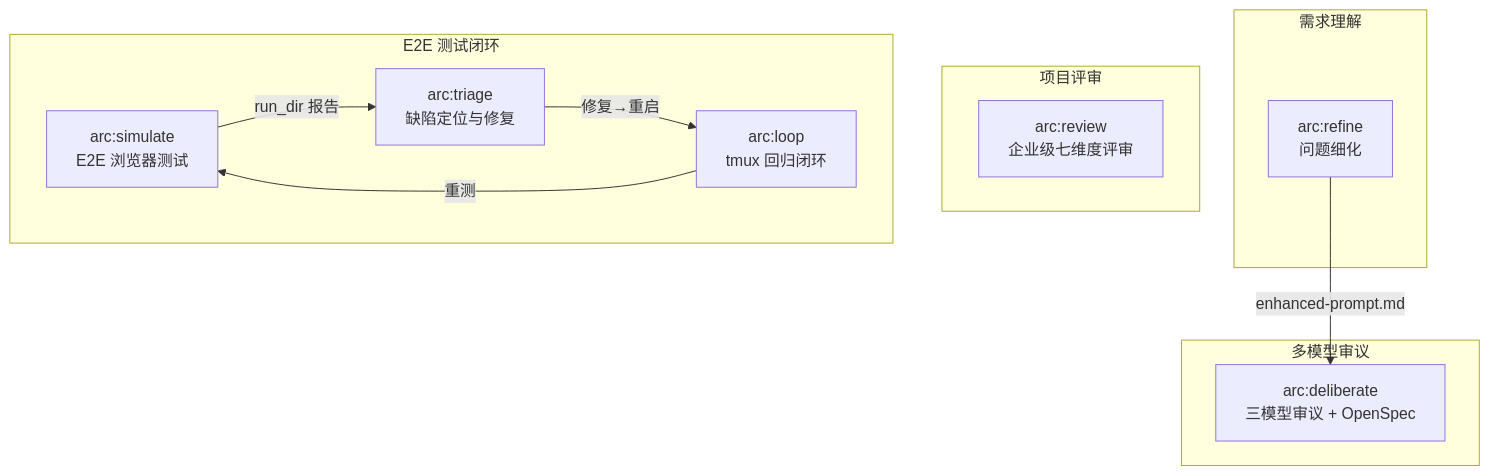
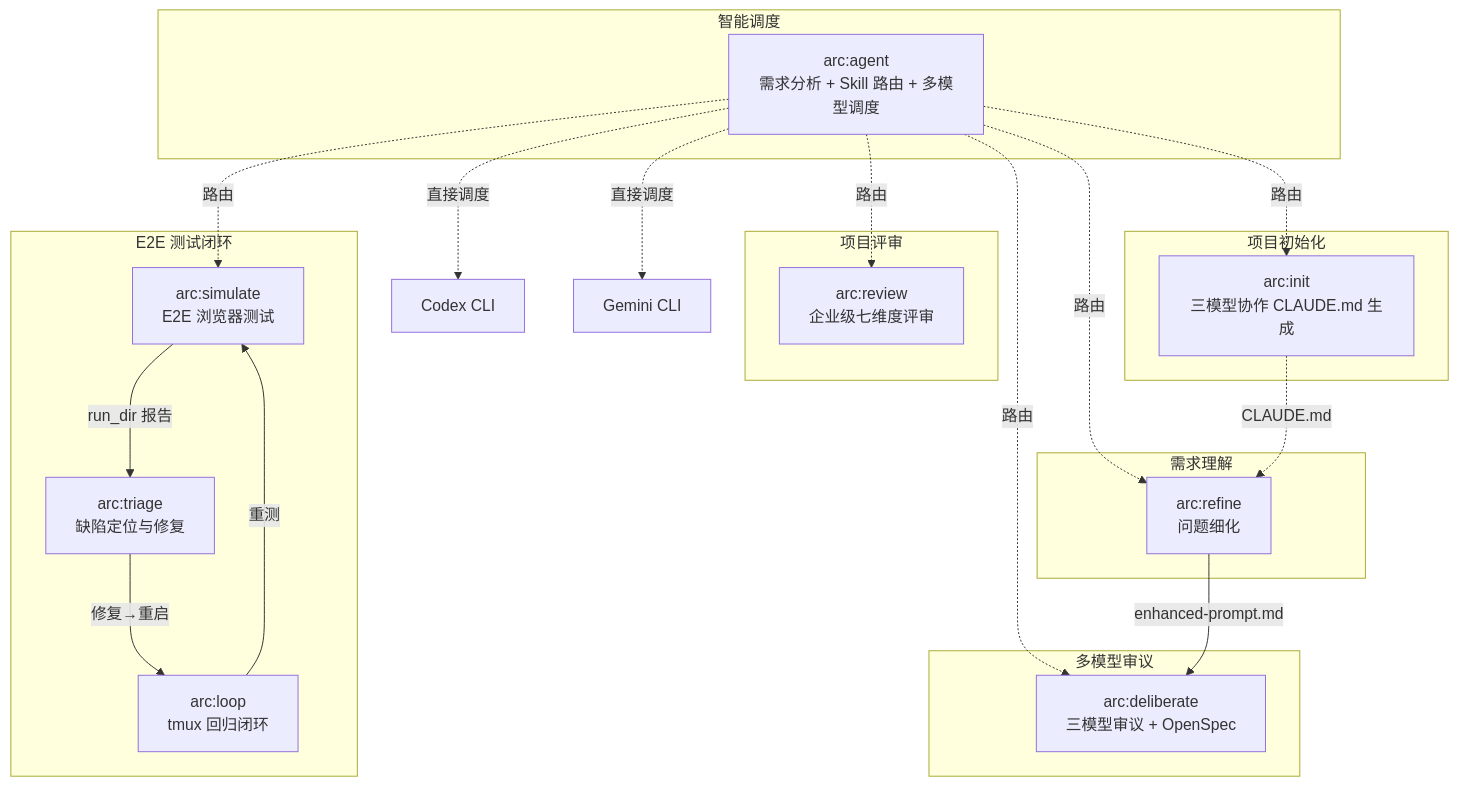
One commit to iwen-conf/Skills changed the first of 2 diagrams in README.md. Above: the diagram before and after it, drawn with Mermaid. The commit also changed other lines of this file and 7 other files, not shown here.

First line of the commit message:
feat: 创建 arc:agent 调度技能 + 全局替换 codeagent-wrapper

````diff
--- a/README.md
+++ b/README.md
@@ -7,22 +7,37 @@
 ```mermaid
 graph TD
+    subgraph "智能调度"
+        agent["arc:agent<br/>需求分析 + Skill 路由 + 多模型调度"]
+    end
+    subgraph "项目初始化"
+        init["arc:init<br/>三模型协作 CLAUDE.md 生成"]
+    end
     subgraph "需求理解"
         refine["arc:refine<br/>问题细化"]
     end
     subgraph "多模型审议"
         deliberate["arc:deliberate<br/>三模型审议 + OpenSpec"]
     end
     subgraph "项目评审"
         review["arc:review<br/>企业级七维度评审"]
     end
     subgraph "E2E 测试闭环"
         simulate["arc:simulate<br/>E2E 浏览器测试"]
         triage["arc:triage<br/>缺陷定位与修复"]
         loop["arc:loop<br/>tmux 回归闭环"]
     end
 
+    agent -.->|"路由"| init
+    agent -.->|"路由"| refine
+    agent -.->|"路由"| deliberate
+    agent -.->|"路由"| review
+    agent -.->|"路由"| simulate
+    agent -.->|"直接调度"| codex["Codex CLI"]
+    agent -.->|"直接调度"| gemini["Gemini CLI"]
+
+    init -.->|"CLAUDE.md"| refine
     refine -->|"enhanced-prompt.md"| deliberate
     simulate -->|"run_dir 报告"| triage
     triage -->|"修复→重启"| loop
     loop -->|"重测"| simulate
 ```
````
